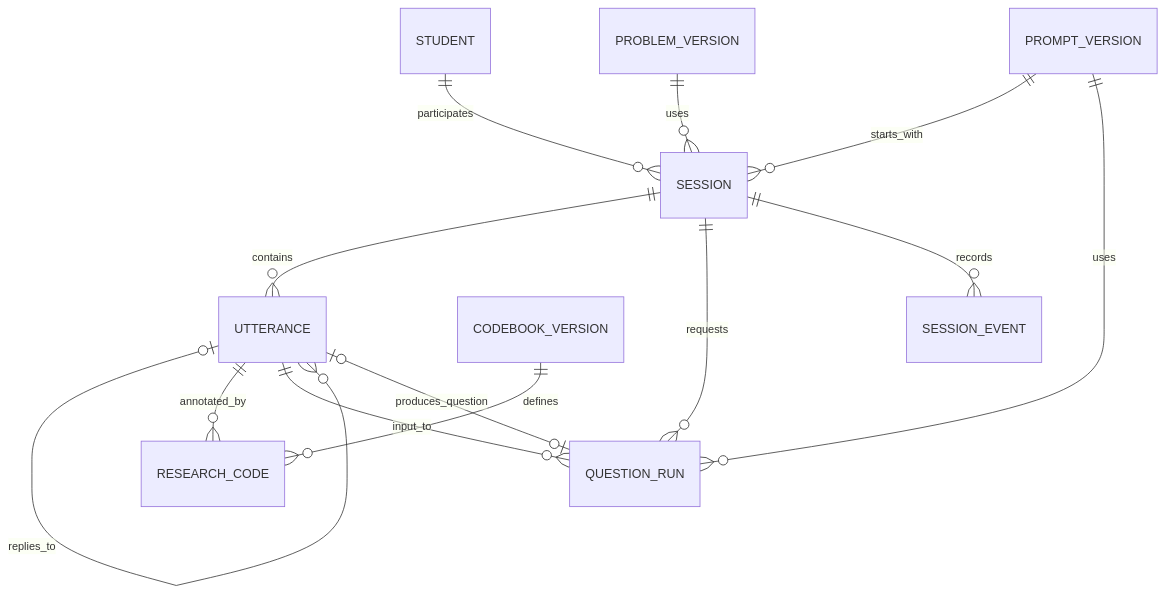
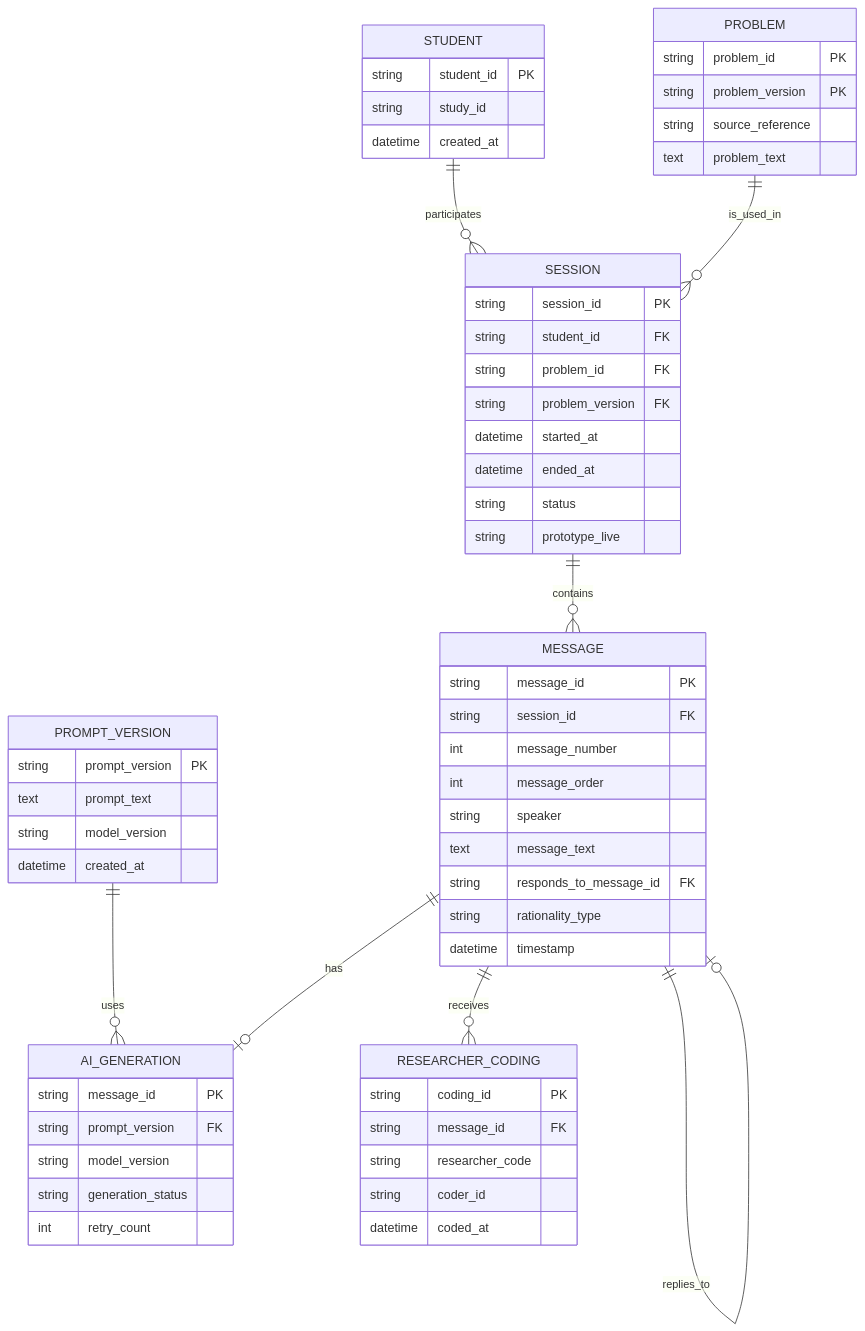
The diagram in 05_데이터설계.md (jeksss0512-boop/mathtest8011), drawn with Mermaid before and after one commit. The commit also changed other lines of this file and 4 other files, not shown here.

````diff
--- a/05_데이터설계.md
+++ b/05_데이터설계.md
@@ -21,15 +30,69 @@
 ```mermaid
 erDiagram
     STUDENT ||--o{ SESSION : participates
-    PROBLEM_VERSION ||--o{ SESSION : uses
-    PROMPT_VERSION ||--o{ SESSION : starts_with
-    SESSION ||--o{ UTTERANCE : contains
-    UTTERANCE o|--o{ UTTERANCE : replies_to
-    UTTERANCE ||--o{ RESEARCH_CODE : annotated_by
-    CODEBOOK_VERSION ||--o{ RESEARCH_CODE : defines
-    SESSION ||--o{ QUESTION_RUN : requests
-    UTTERANCE ||--o{ QUESTION_RUN : input_to
-    PROMPT_VERSION ||--o{ QUESTION_RUN : uses
-    QUESTION_RUN o|--o| UTTERANCE : produces_question
-    SESSION ||--o{ SESSION_EVENT : records
+    PROBLEM ||--o{ SESSION : is_used_in
+    SESSION ||--o{ MESSAGE : contains
+    MESSAGE ||--o| MESSAGE : replies_to
+    PROMPT_VERSION ||--o{ AI_GENERATION : uses
+    MESSAGE ||--o| AI_GENERATION : has
+    MESSAGE ||--o{ RESEARCHER_CODING : receives
+
+    STUDENT {
+        string student_id PK
+        string study_id
+        datetime created_at
+    }
+
+    PROBLEM {
+        string problem_id PK
+        string problem_version PK
+        string source_reference
+        text problem_text
+    }
+
+    SESSION {
+        string session_id PK
+        string student_id FK
+        string problem_id FK
+        string problem_version FK
+        datetime started_at
+        datetime ended_at
+        string status
+        string prototype_live
+    }
+
+    MESSAGE {
+        string message_id PK
+        string session_id FK
+        int message_number
+        int message_order
+        string speaker
+        text message_text
+        string responds_to_message_id FK
+        string rationality_type
+        datetime timestamp
+    }
+
+    PROMPT_VERSION {
+        string prompt_version PK
+        text prompt_text
+        string model_version
+        datetime created_at
+    }
+
+    AI_GENERATION {
+        string message_id PK
+        string prompt_version FK
+        string model_version
+        string generation_status
+        int retry_count
+    }
+
+    RESEARCHER_CODING {
+        string coding_id PK
+        string message_id FK
+        string researcher_code
+        string coder_id
+        datetime coded_at
+    }
 ```
````
